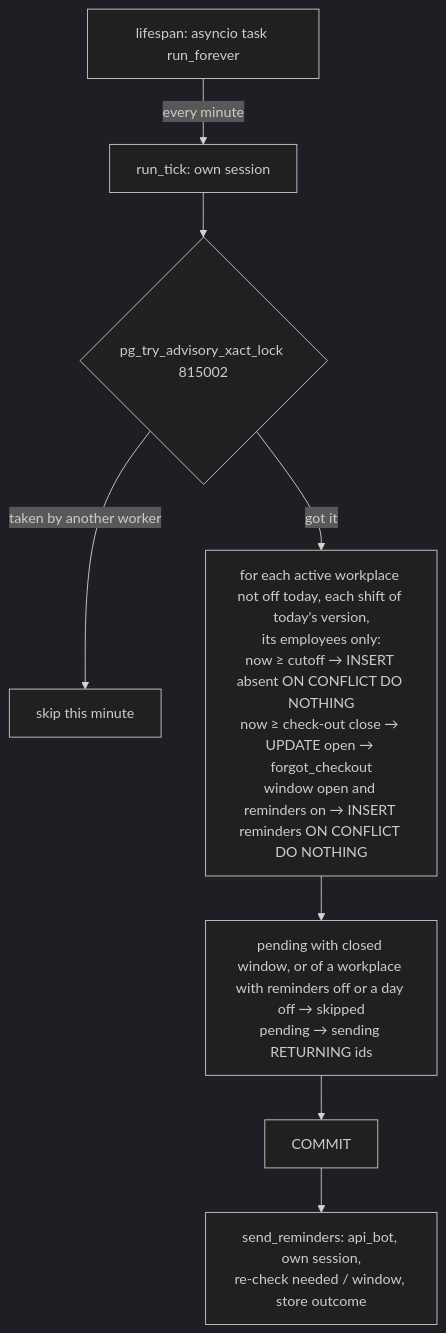
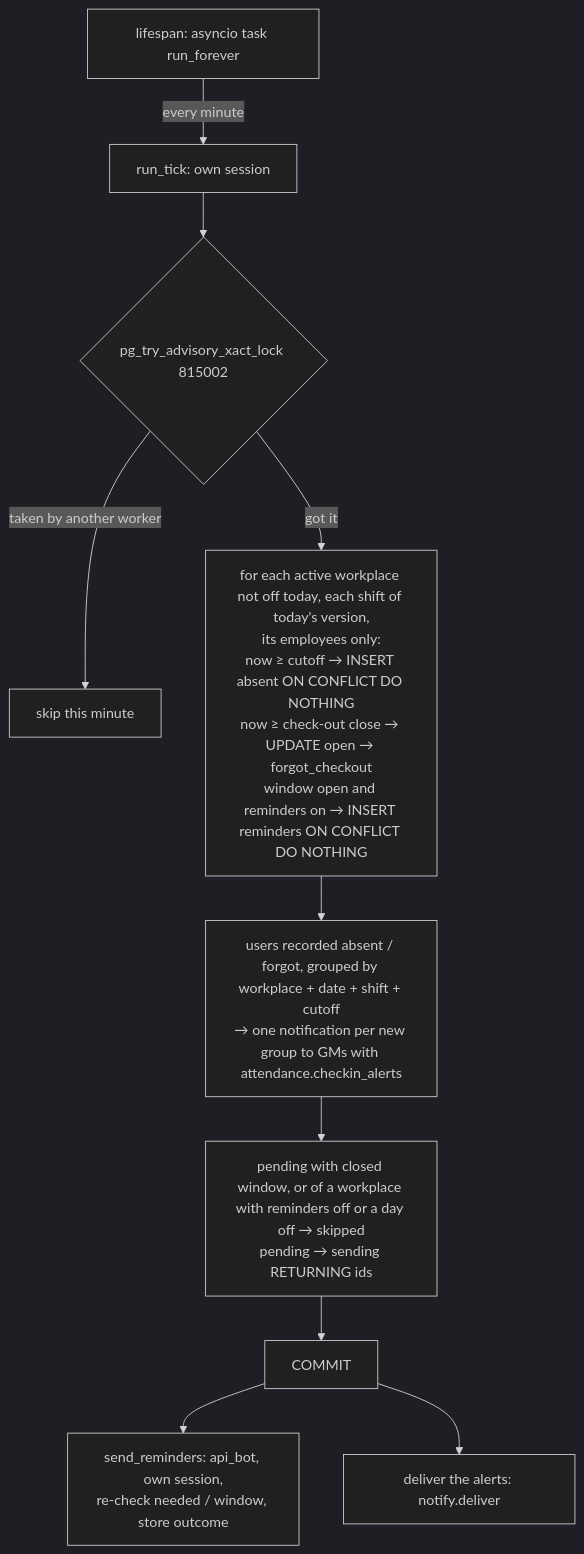
One commit to RathanakSeng/meanchey-grilled-chicken changed the ninth of 16 diagrams in meanchey-grilled-chicken-api/docs/ARCHITECTURE.md. Above: the diagram before and after it, drawn with Mermaid (dark theme). The commit also changed other lines of this file and 26 other files, not shown here.

````diff
--- a/meanchey-grilled-chicken-api/docs/ARCHITECTURE.md
+++ b/meanchey-grilled-chicken-api/docs/ARCHITECTURE.md
@@ -934,10 +937,12 @@
 ```mermaid
 flowchart TD
     L[lifespan: asyncio task run_forever] -->|every minute| T[run_tick: own session]
     T --> K{pg_try_advisory_xact_lock 815002}
     K -->|taken by another worker| X[skip this minute]
     K -->|got it| A[for each active workplace not off today, each shift of today's version,<br/>its employees only:<br/>now ≥ cutoff → INSERT absent ON CONFLICT DO NOTHING<br/>now ≥ check-out close → UPDATE open → forgot_checkout<br/>window open and reminders on → INSERT reminders ON CONFLICT DO NOTHING]
-    A --> S[pending with closed window, or of a workplace with reminders off or a day off → skipped<br/>pending → sending RETURNING ids]
+    A --> G[users recorded absent / forgot, grouped by workplace + date + shift + cutoff<br/>→ one notification per new group to GMs with attendance.checkin_alerts]
+    G --> S[pending with closed window, or of a workplace with reminders off or a day off → skipped<br/>pending → sending RETURNING ids]
     S --> C[COMMIT]
     C --> M[send_reminders: api_bot, own session,<br/>re-check needed / window, store outcome]
+    C --> N[deliver the alerts: notify.deliver]
 ```
````
